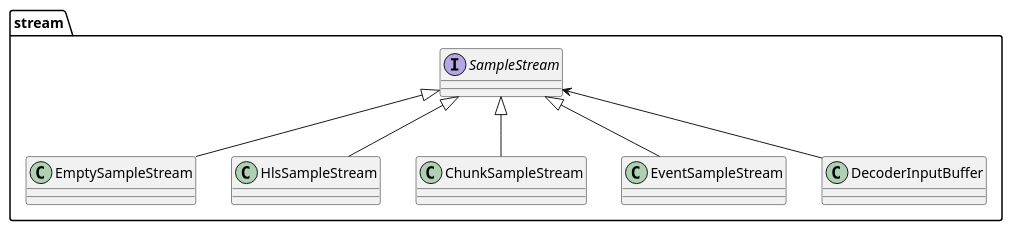
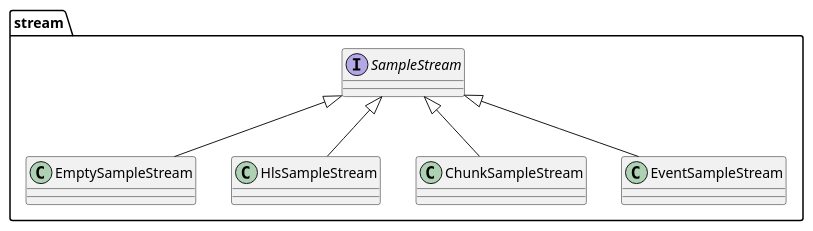
Before and after one commit to tdounnyy/exoplayer_note: the diagram in uml/stream.puml, drawn with PlantUML. The commit also changed 1 other file, not shown here.

```diff
--- a/uml/stream.puml
+++ b/uml/stream.puml
@@ -1,18 +1,17 @@
 @startuml
 'A stream of media samples (and associated format information)
 package stream{
 
     interface SampleStream
 
     class EmptySampleStream
     class HlsSampleStream
     class ChunkSampleStream
     class EventSampleStream
 
     SampleStream <|-- EmptySampleStream
     SampleStream <|-- HlsSampleStream
     SampleStream <|-- ChunkSampleStream
     SampleStream <|-- EventSampleStream
-    SampleStream <-- DecoderInputBuffer
 }
 @enduml
```
